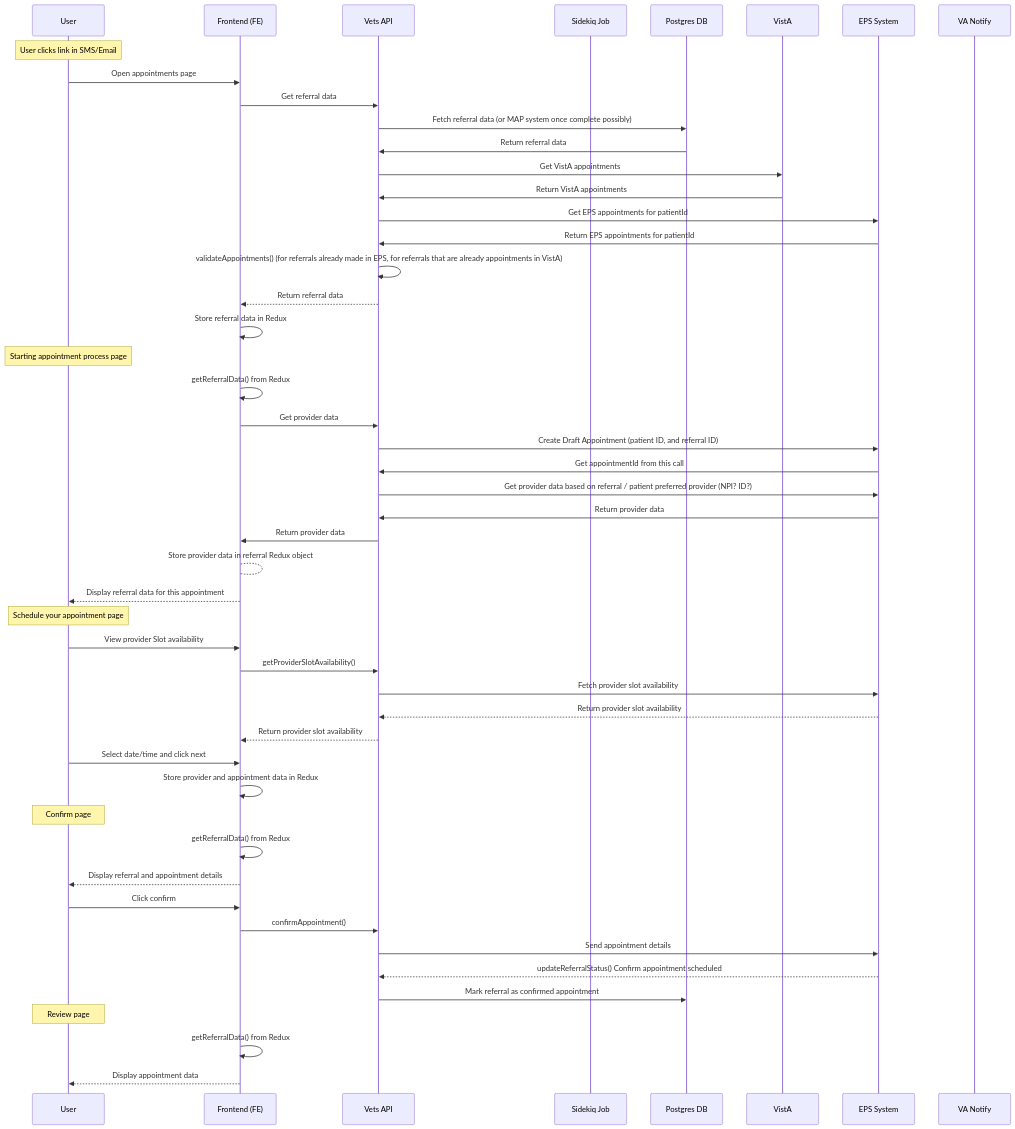
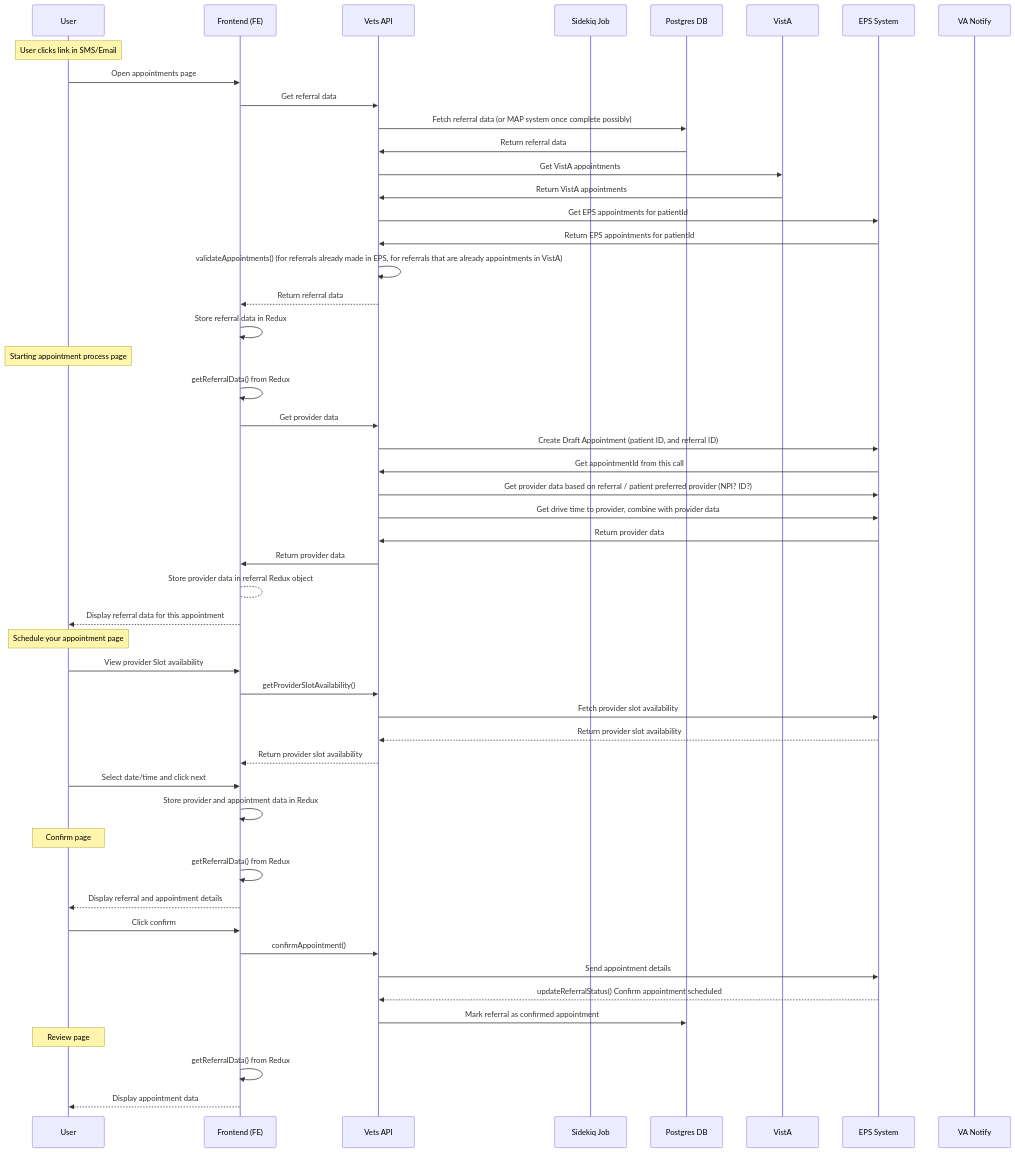
Before and after one commit to department-of-veterans-affairs/va.gov-team: the fourth of 4 diagrams in products/health-care/appointments/va-online-scheduling/engineering/architecture/community-care-technical-documentation.md, drawn with Mermaid.

````diff
--- a/products/health-care/appointments/va-online-scheduling/engineering/architecture/community-care-technical-documentation.md
+++ b/products/health-care/appointments/va-online-scheduling/engineering/architecture/community-care-technical-documentation.md
@@ -134,58 +134,59 @@
 ```mermaid
 sequenceDiagram
     participant User
     participant Frontend as Frontend (FE)
     participant VetsAPI as Vets API
     participant Sidekiq as Sidekiq Job
     participant Postgres as Postgres DB
     participant VistA as VistA
     participant EPS as EPS System
     participant VA as VA Notify
 
     Note over User: User clicks link in SMS/Email
     User->>Frontend: Open appointments page
     Frontend->>VetsAPI: Get referral data
     VetsAPI->>Postgres: Fetch referral data (or MAP system once complete possibly)
     Postgres->>VetsAPI: Return referral data
     VetsAPI->>VistA: Get VistA appointments
     VistA->>VetsAPI: Return VistA appointments
     VetsAPI->>EPS: Get EPS appointments for patientId
     EPS->>VetsAPI: Return EPS appointments for patientId
     VetsAPI->>VetsAPI: validateAppointments() (for referrals already made in EPS, for referrals that are already appointments in VistA)
     VetsAPI-->>Frontend: Return referral data
     Frontend->>Frontend: Store referral data in Redux
     
 
     Note over User: Starting appointment process page
     Frontend->>Frontend: getReferralData() from Redux
     Frontend->>VetsAPI: Get provider data
     VetsAPI->>EPS: Create Draft Appointment (patient ID, and referral ID)
     EPS->>VetsAPI: Get appointmentId from this call
     VetsAPI->>EPS: Get provider data based on referral / patient preferred provider (NPI? ID?)
+    VetsAPI->>EPS: Get drive time to provider, combine with provider data
     EPS->>VetsAPI: Return provider data
     VetsAPI->>Frontend: Return provider data
     Frontend-->Frontend: Store provider data in referral Redux object
     Frontend-->>User: Display referral data for this appointment
 
     Note over User: Schedule your appointment page
     User->>Frontend: View provider Slot availability
     Frontend->>VetsAPI: getProviderSlotAvailability()
     VetsAPI->>EPS: Fetch provider slot availability
     EPS-->>VetsAPI: Return provider slot availability
     VetsAPI-->>Frontend: Return provider slot availability
     User->>Frontend: Select date/time and click next
     Frontend->>Frontend: Store provider and appointment data in Redux
 
     Note over User: Confirm page
     Frontend->>Frontend: getReferralData() from Redux
     Frontend-->>User: Display referral and appointment details
     User->>Frontend: Click confirm
     Frontend->>VetsAPI: confirmAppointment()
     VetsAPI->>EPS: Send appointment details
     EPS-->>VetsAPI: updateReferralStatus() Confirm appointment scheduled
     VetsAPI->>Postgres: Mark referral as confirmed appointment
 
     Note over User: Review page
     Frontend->>Frontend: getReferralData() from Redux
     Frontend-->>User: Display appointment data
 ```
````
